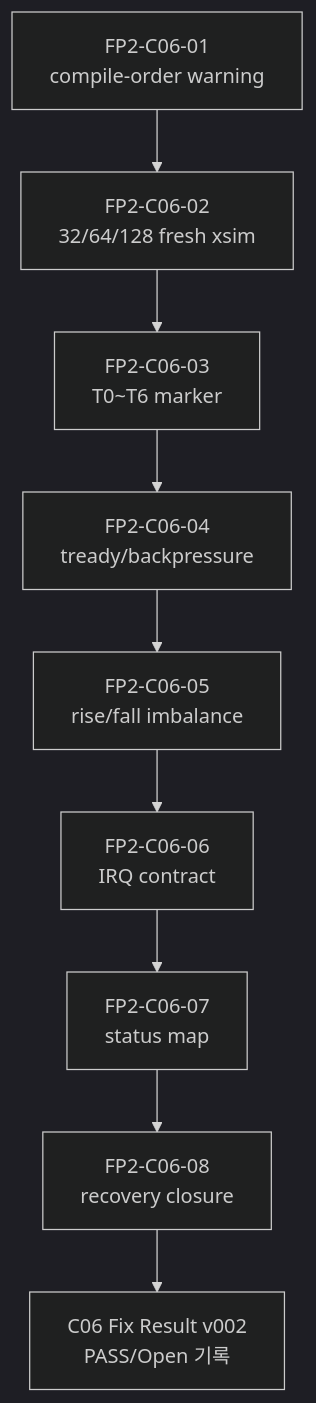
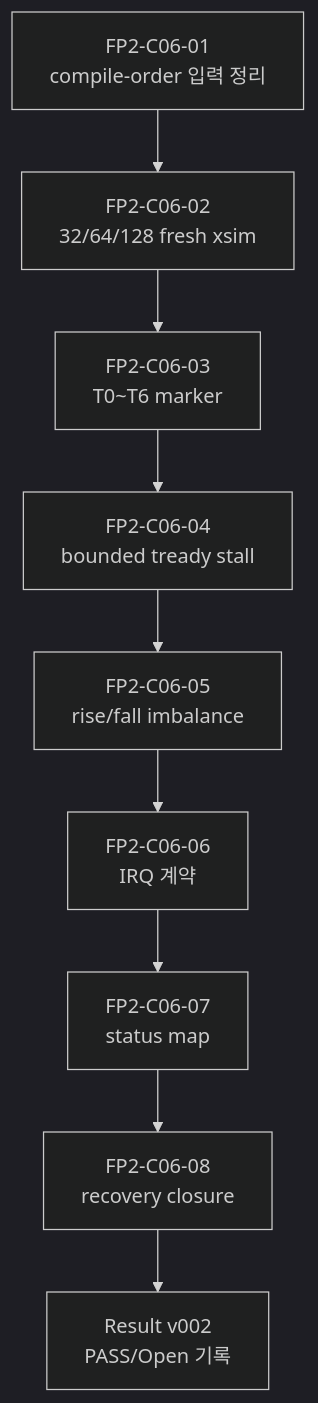
Before and after one commit to haneulia/tdc_gpx_ctrl: the diagram in Doc/cluster_analysis/C06_Control_Status_Integration/C06_Control_Status_Integration_260511200655_Code_Fix_Plan_v002.md, drawn with Mermaid (dark theme). The commit also changed other lines of this file and 10 other files, not shown here.

````diff
--- a/Doc/cluster_analysis/C06_Control_Status_Integration/C06_Control_Status_Integration_260511200655_Code_Fix_Plan_v002.md
+++ b/Doc/cluster_analysis/C06_Control_Status_Integration/C06_Control_Status_Integration_260511200655_Code_Fix_Plan_v002.md
@@ -91,11 +76,11 @@
 ```mermaid
 flowchart TD
-    A["FP2-C06-01<br/>compile-order warning"] --> B["FP2-C06-02<br/>32/64/128 fresh xsim"]
+    A["FP2-C06-01<br/>compile-order 입력 정리"] --> B["FP2-C06-02<br/>32/64/128 fresh xsim"]
     B --> C["FP2-C06-03<br/>T0~T6 marker"]
-    C --> D["FP2-C06-04<br/>tready/backpressure"]
+    C --> D["FP2-C06-04<br/>bounded tready stall"]
     D --> E["FP2-C06-05<br/>rise/fall imbalance"]
-    E --> F["FP2-C06-06<br/>IRQ contract"]
+    E --> F["FP2-C06-06<br/>IRQ 계약"]
     F --> G["FP2-C06-07<br/>status map"]
     G --> H["FP2-C06-08<br/>recovery closure"]
-    H --> I["C06 Fix Result v002<br/>PASS/Open 기록"]
+    H --> I["Result v002<br/>PASS/Open 기록"]
 ```
````
